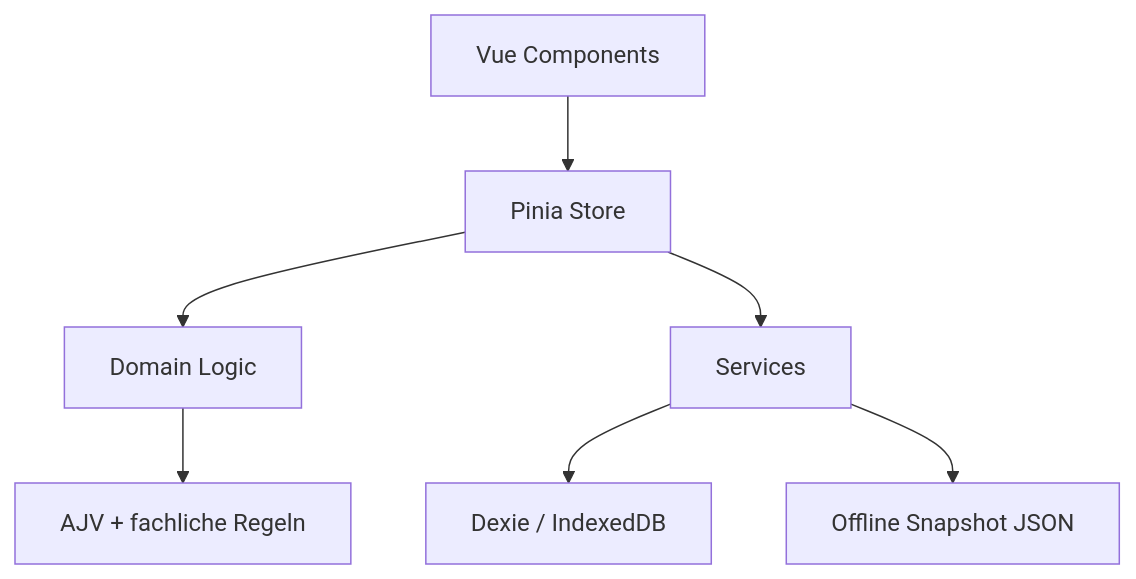
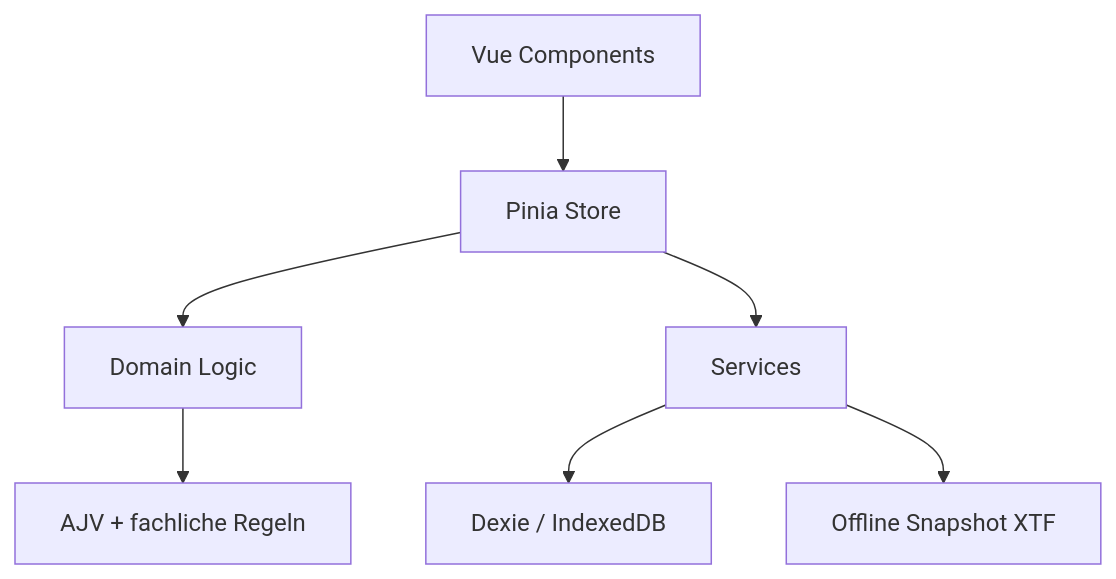
Before and after one commit to edigonzales/datenportal-datenblatt-editor: the diagram in docs/architecture.md, drawn with Mermaid. The commit also changed other lines of this file and 46 other files, not shown here.

Commit message:
refactor to xtf instead of json

````diff
--- a/docs/architecture.md
+++ b/docs/architecture.md
@@ -27,9 +27,9 @@
 ```mermaid
 flowchart TD
   UI[Vue Components] --> Store[Pinia Store]
   Store --> Domain[Domain Logic]
   Store --> Services[Services]
   Services --> IndexedDB[Dexie / IndexedDB]
-  Services --> Snapshots[Offline Snapshot JSON]
+  Services --> Snapshots[Offline Snapshot XTF]
   Domain --> Validation[AJV + fachliche Regeln]
 ```
````
